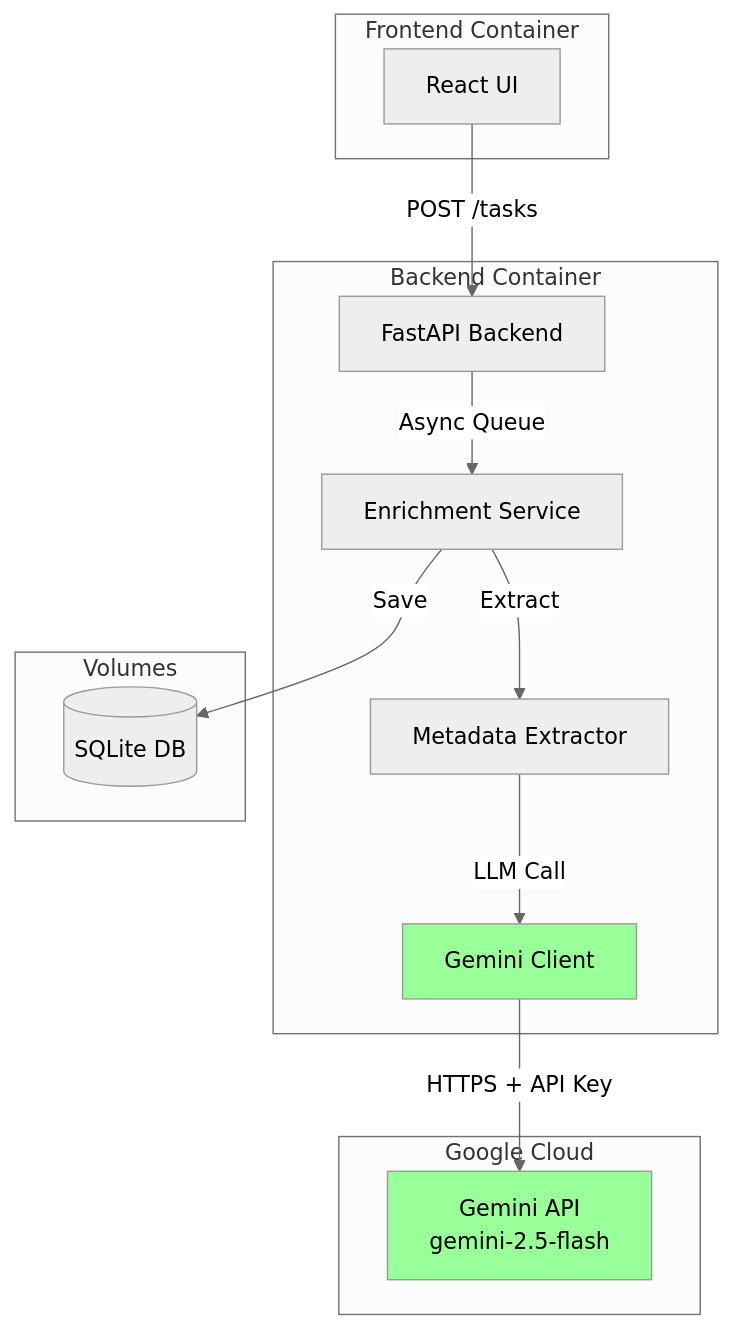
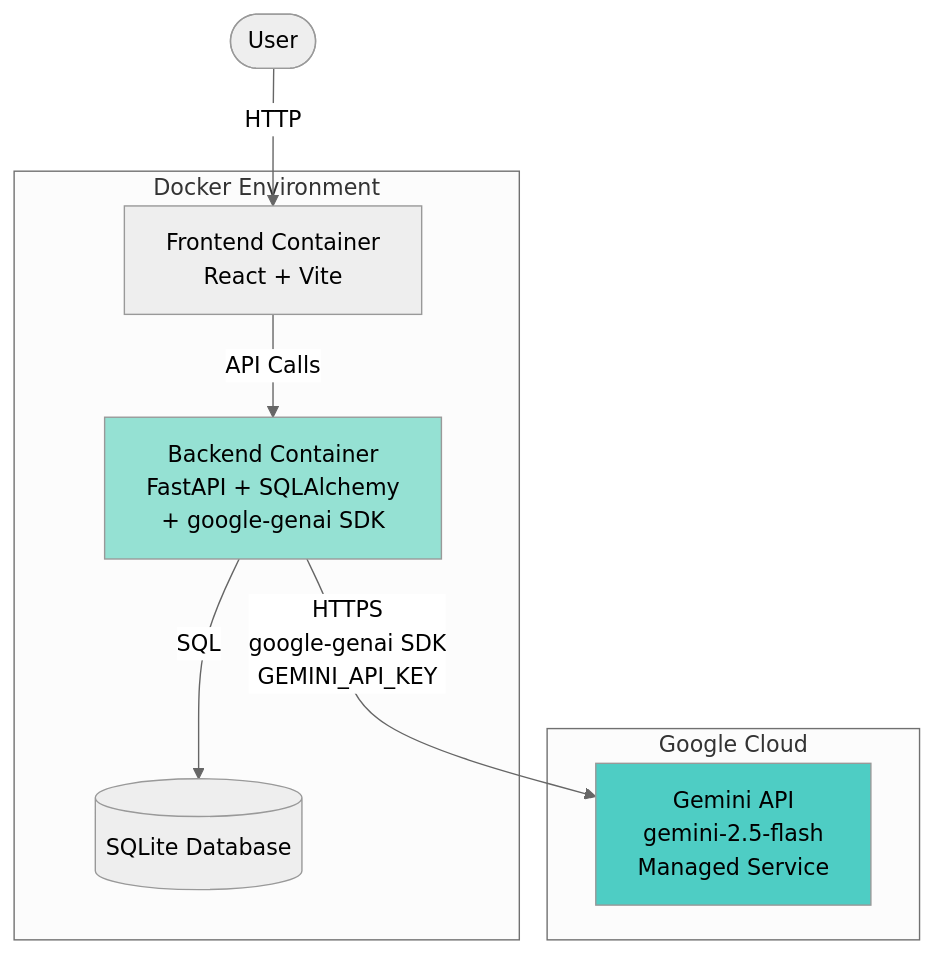
One commit to manicqin2/task_master changed the second of 7 diagrams in specs/006-gemini-llm/architecture.md. Above: the diagram before and after it, drawn with Mermaid (neutral theme). The commit also changed other lines of this file and 2 other files, not shown here.

First line of the commit message:
docs: Complete Feature 006 specification with architecture diagrams and quantified criteria

````diff
--- a/specs/006-gemini-llm/architecture.md
+++ b/specs/006-gemini-llm/architecture.md
@@ -52,31 +44,23 @@
 ```mermaid
 graph TB
-    subgraph "Frontend Container"
-        UI[React UI]
-    end
-
-    subgraph "Backend Container"
-        API[FastAPI Backend]
-        ES[Enrichment Service]
-        ME[Metadata Extractor]
-        GC[Gemini Client]
+    subgraph "Docker Environment"
+        Frontend[Frontend Container<br/>React + Vite]
+        Backend[Backend Container<br/>FastAPI + SQLAlchemy<br/>+ google-genai SDK]
+        DB[(SQLite Database)]
     end
 
     subgraph "Google Cloud"
-        GAPI[Gemini API<br/>gemini-2.5-flash]
+        GeminiAPI[Gemini API<br/>gemini-2.5-flash<br/>Managed Service]
     end
 
-    subgraph "Volumes"
-        DB[(SQLite DB)]
-    end
+    User([User]) -->|HTTP| Frontend
+    Frontend -->|API Calls| Backend
+    Backend -->|SQL| DB
+    Backend -->|HTTPS<br/>google-genai SDK<br/>GEMINI_API_KEY| GeminiAPI
 
-    UI -->|POST /tasks| API
-    API -->|Async Queue| ES
-    ES -->|Extract| ME
-    ME -->|LLM Call| GC
-    GC -->|HTTPS + API Key| GAPI
-    ES -->|Save| DB
+    style GeminiAPI fill:#4ecdc4
+    style Backend fill:#95e1d3
 
-    style GC fill:#9f9
-    style GAPI fill:#9f9
+    classDef new fill:#4ecdc4,stroke:#0a7373,stroke-width:2px
+    classDef updated fill:#95e1d3,stroke:#0a7373,stroke-width:2px
 ```
````
